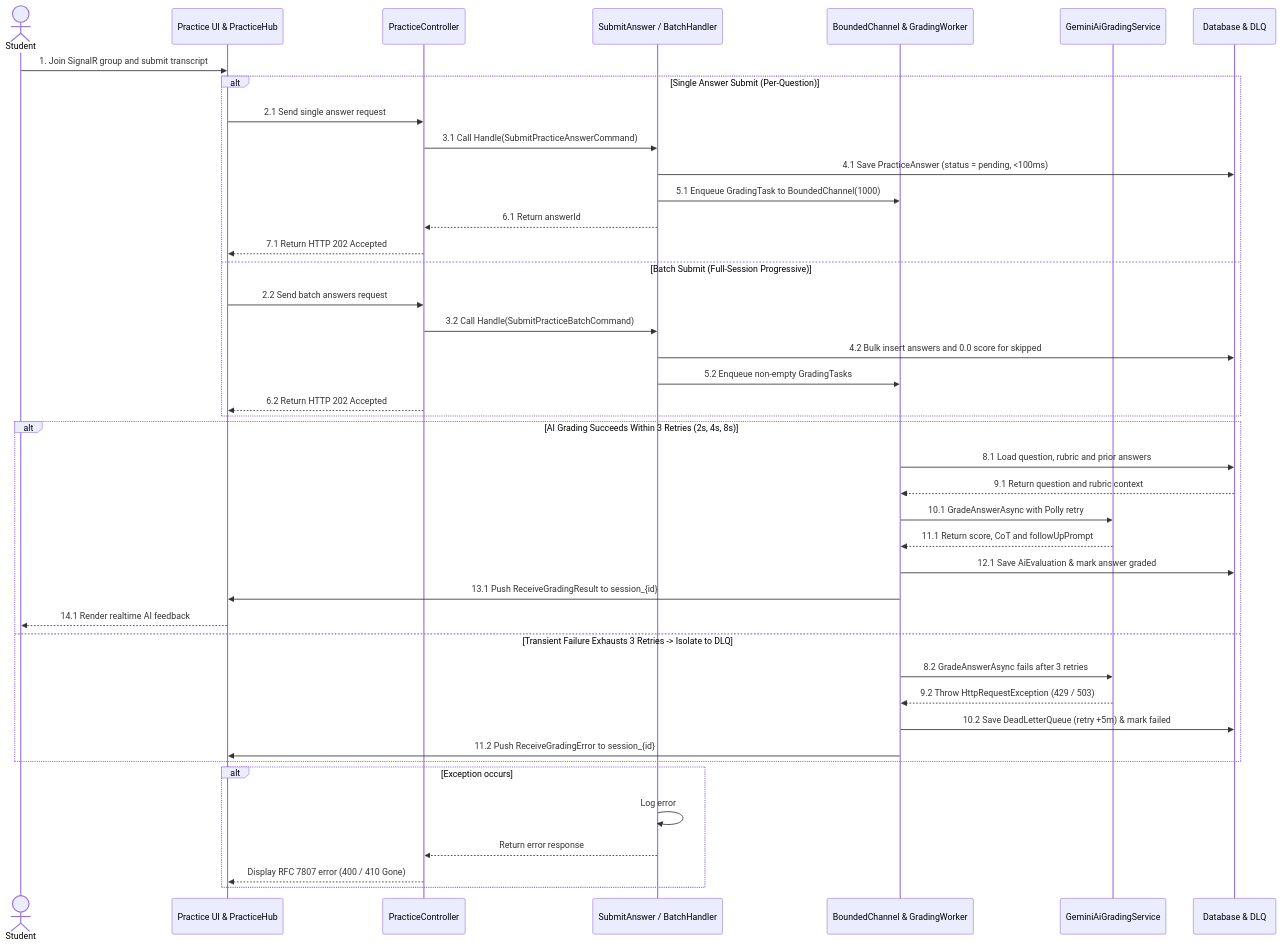
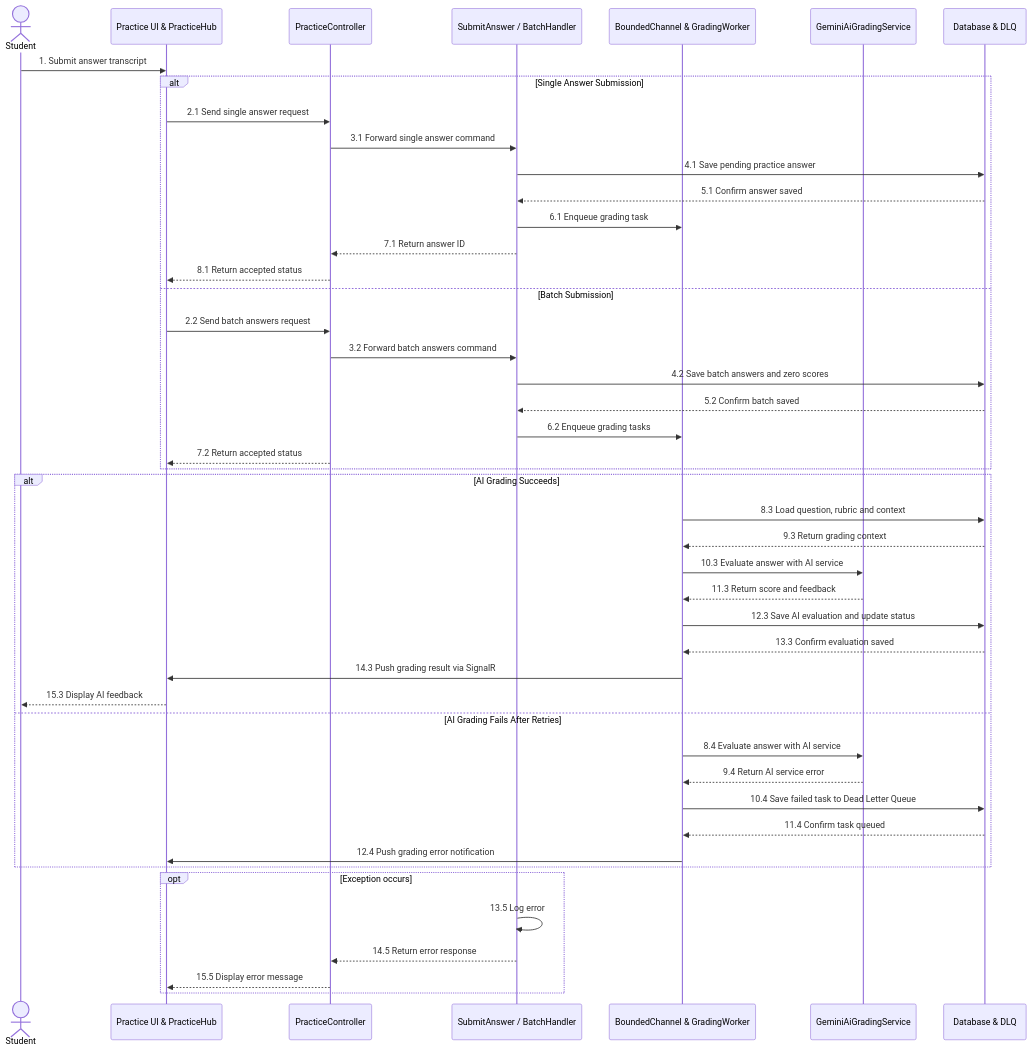
One commit to An-LLM-based-Oral-Examination/oral-exam-system changed the second of 2 diagrams in docs/Task Daily/Report4_NguyenQuangThanh/06_DD05_Practice_Submission_Background_AI_SignalR/DD05_PracticeGrading_Specification_VI.md. Above: the diagram before and after it, drawn with Mermaid. The commit also changed other lines of this file and 146 other files, not shown here.

````diff
--- a/docs/Task Daily/Report4_NguyenQuangThanh/06_DD05_Practice_Submission_Background_AI_SignalR/DD05_PracticeGrading_Specification_VI.md
+++ b/docs/Task Daily/Report4_NguyenQuangThanh/06_DD05_Practice_Submission_Background_AI_SignalR/DD05_PracticeGrading_Specification_VI.md
@@ -175,47 +176,51 @@
 ```mermaid
 sequenceDiagram
     actor Student as Student
     participant UI as Practice UI & PracticeHub
     participant Ctrl as PracticeController
     participant Handler as SubmitAnswer / BatchHandler
     participant Worker as BoundedChannel & GradingWorker
     participant AI as GeminiAiGradingService
     participant DB as Database & DLQ
 
-    Student->>UI: 1. Join SignalR group and submit transcript
-    alt Single Answer Submit (Per-Question)
+    Student->>UI: 1. Submit answer transcript
+    alt Single Answer Submission
         UI->>Ctrl: 2.1 Send single answer request
-        Ctrl->>Handler: 3.1 Call Handle(SubmitPracticeAnswerCommand)
-        Handler->>DB: 4.1 Save PracticeAnswer (status = pending, <100ms)
-        Handler->>Worker: 5.1 Enqueue GradingTask to BoundedChannel(1000)
-        Handler-->>Ctrl: 6.1 Return answerId
-        Ctrl-->>UI: 7.1 Return HTTP 202 Accepted
-    else Batch Submit (Full-Session Progressive)
+        Ctrl->>Handler: 3.1 Forward single answer command
+        Handler->>DB: 4.1 Save pending practice answer
+        DB-->>Handler: 5.1 Confirm answer saved
+        Handler->>Worker: 6.1 Enqueue grading task
+        Handler-->>Ctrl: 7.1 Return answer ID
+        Ctrl-->>UI: 8.1 Return accepted status
+    else Batch Submission
         UI->>Ctrl: 2.2 Send batch answers request
-        Ctrl->>Handler: 3.2 Call Handle(SubmitPracticeBatchCommand)
-        Handler->>DB: 4.2 Bulk insert answers and 0.0 score for skipped
-        Handler->>Worker: 5.2 Enqueue non-empty GradingTasks
-        Ctrl-->>UI: 6.2 Return HTTP 202 Accepted
+        Ctrl->>Handler: 3.2 Forward batch answers command
+        Handler->>DB: 4.2 Save batch answers and zero scores
+        DB-->>Handler: 5.2 Confirm batch saved
+        Handler->>Worker: 6.2 Enqueue grading tasks
+        Ctrl-->>UI: 7.2 Return accepted status
     end
 
-    alt AI Grading Succeeds Within 3 Retries (2s, 4s, 8s)
-        Worker->>DB: 8.1 Load question, rubric and prior answers
-        DB-->>Worker: 9.1 Return question and rubric context
-        Worker->>AI: 10.1 GradeAnswerAsync with Polly retry
-        AI-->>Worker: 11.1 Return score, CoT and followUpPrompt
-        Worker->>DB: 12.1 Save AiEvaluation & mark answer graded
-        Worker->>UI: 13.1 Push ReceiveGradingResult to session_{id}
-        UI-->>Student: 14.1 Render realtime AI feedback
-    else Transient Failure Exhausts 3 Retries -> Isolate to DLQ
-        Worker->>AI: 8.2 GradeAnswerAsync fails after 3 retries
-        AI-->>Worker: 9.2 Throw HttpRequestException (429 / 503)
-        Worker->>DB: 10.2 Save DeadLetterQueue (retry +5m) & mark failed
-        Worker->>UI: 11.2 Push ReceiveGradingError to session_{id}
+    alt AI Grading Succeeds
+        Worker->>DB: 8.3 Load question, rubric and context
+        DB-->>Worker: 9.3 Return grading context
+        Worker->>AI: 10.3 Evaluate answer with AI service
+        AI-->>Worker: 11.3 Return score and feedback
+        Worker->>DB: 12.3 Save AI evaluation and update status
+        DB-->>Worker: 13.3 Confirm evaluation saved
+        Worker->>UI: 14.3 Push grading result via SignalR
+        UI-->>Student: 15.3 Display AI feedback
+    else AI Grading Fails After Retries
+        Worker->>AI: 8.4 Evaluate answer with AI service
+        AI-->>Worker: 9.4 Return AI service error
+        Worker->>DB: 10.4 Save failed task to Dead Letter Queue
+        DB-->>Worker: 11.4 Confirm task queued
+        Worker->>UI: 12.4 Push grading error notification
     end
 
-    alt Exception occurs
-        Handler->>Handler: Log error
-        Handler-->>Ctrl: Return error response
-        Ctrl-->>UI: Display RFC 7807 error (400 / 410 Gone)
+    opt Exception occurs
+        Handler->>Handler: 13.5 Log error
+        Handler-->>Ctrl: 14.5 Return error response
+        Ctrl-->>UI: 15.5 Display error message
     end
 ```
````
